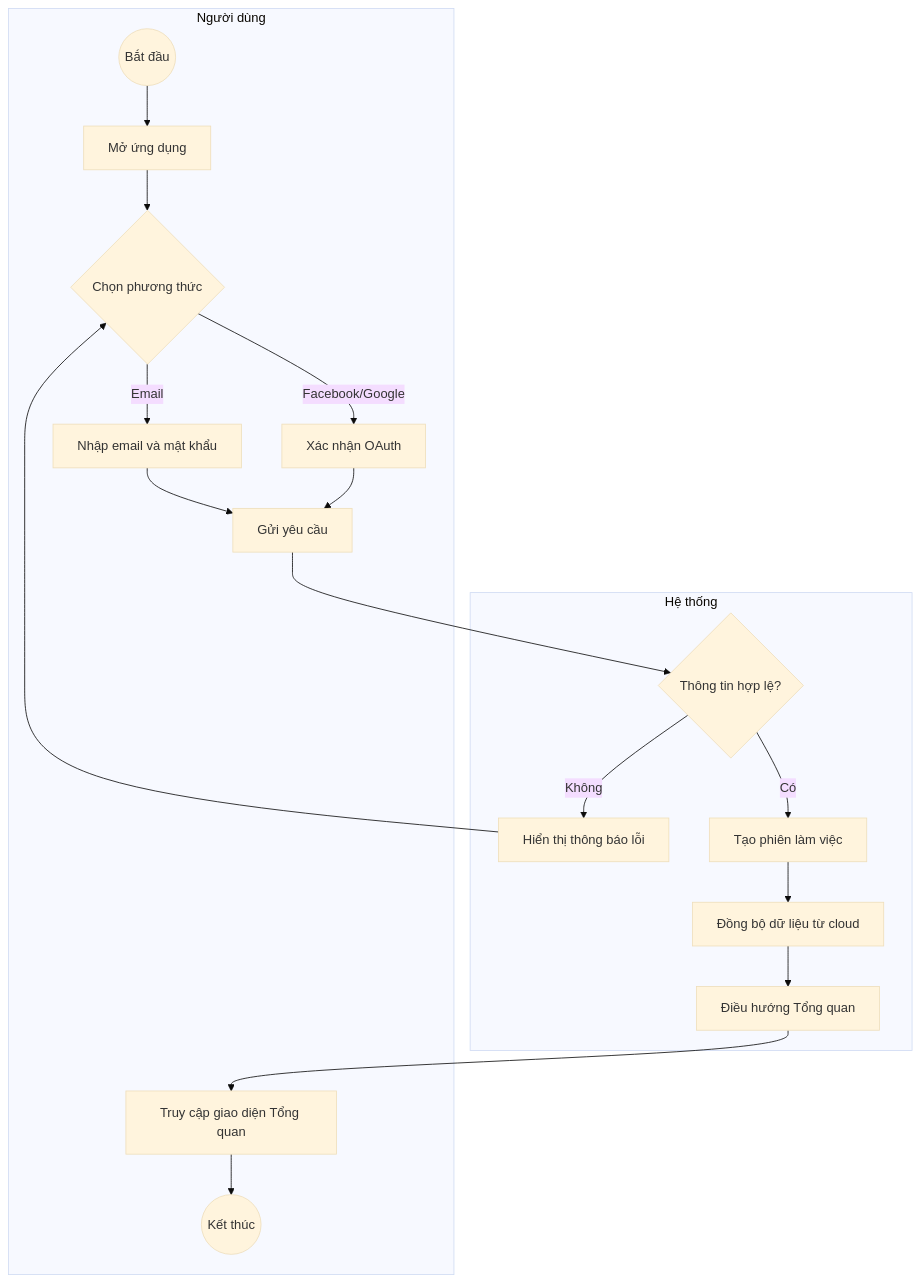
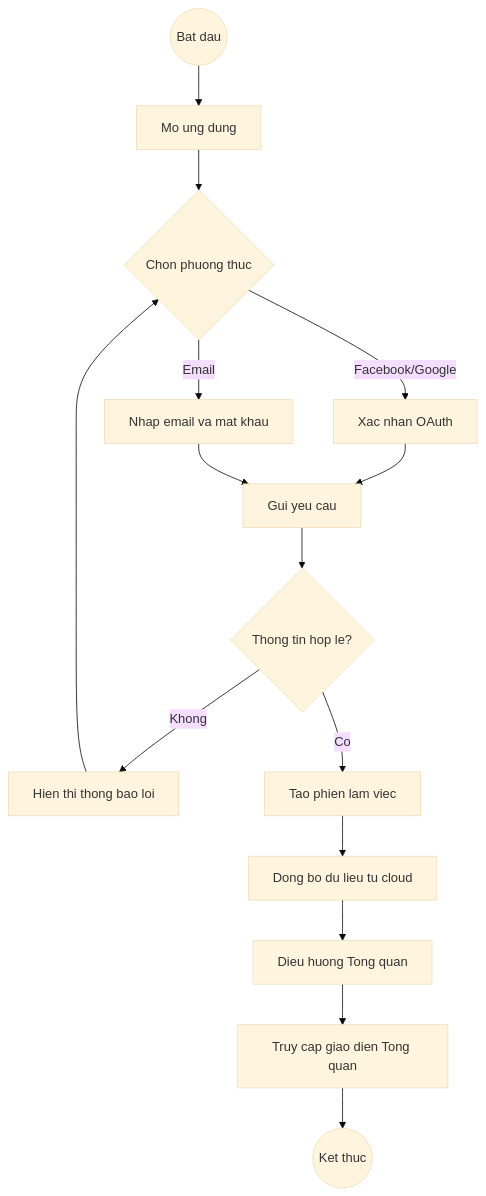
The second of 10 diagrams in Nghiên cứu MISA MoneyKeeper.md (Hieu-vn/Graduation-Thesis), drawn with Mermaid (base theme) before and after one commit. The commit also changed other lines of this file, not shown here.

First line of the commit message:
fix: Rewrite all 10 mermaid diagrams for GitHub rendering

````diff
--- a/Nghiên cứu MISA MoneyKeeper.md
+++ b/Nghiên cứu MISA MoneyKeeper.md
@@ -70,21 +66,16 @@
 ```mermaid
 flowchart TD
-    subgraph "Người dùng"
-        A((Bắt đầu)) --> B[Mở ứng dụng]
-        B --> C{Chọn phương thức}
-        C -->|Facebook/Google| D[Xác nhận OAuth]
-        C -->|Email| E[Nhập email và mật khẩu]
-        D --> F[Gửi yêu cầu]
-        E --> F
-        J[Truy cập giao diện Tổng quan] --> K((Kết thúc))
-    end
-    subgraph "Hệ thống"
-        F --> G{Thông tin hợp lệ?}
-        G -->|Không| H[Hiển thị thông báo lỗi]
-        H --> C
-        G -->|Có| I[Tạo phiên làm việc]
-        I --> I2[Đồng bộ dữ liệu từ cloud]
-        I2 --> I3[Điều hướng Tổng quan]
-    end
-    I3 --> J
+    A((Bat dau)) --> B[Mo ung dung]
+    B --> C{Chon phuong thuc}
+    C -->|Facebook/Google| D[Xac nhan OAuth]
+    C -->|Email| E[Nhap email va mat khau]
+    D --> F[Gui yeu cau]
+    E --> F
+    F --> G{Thong tin hop le?}
+    G -->|Khong| H[Hien thi thong bao loi] --> C
+    G -->|Co| I[Tao phien lam viec]
+    I --> I2[Dong bo du lieu tu cloud]
+    I2 --> I3[Dieu huong Tong quan]
+    I3 --> J[Truy cap giao dien Tong quan]
+    J --> K((Ket thuc))
 ```
````
